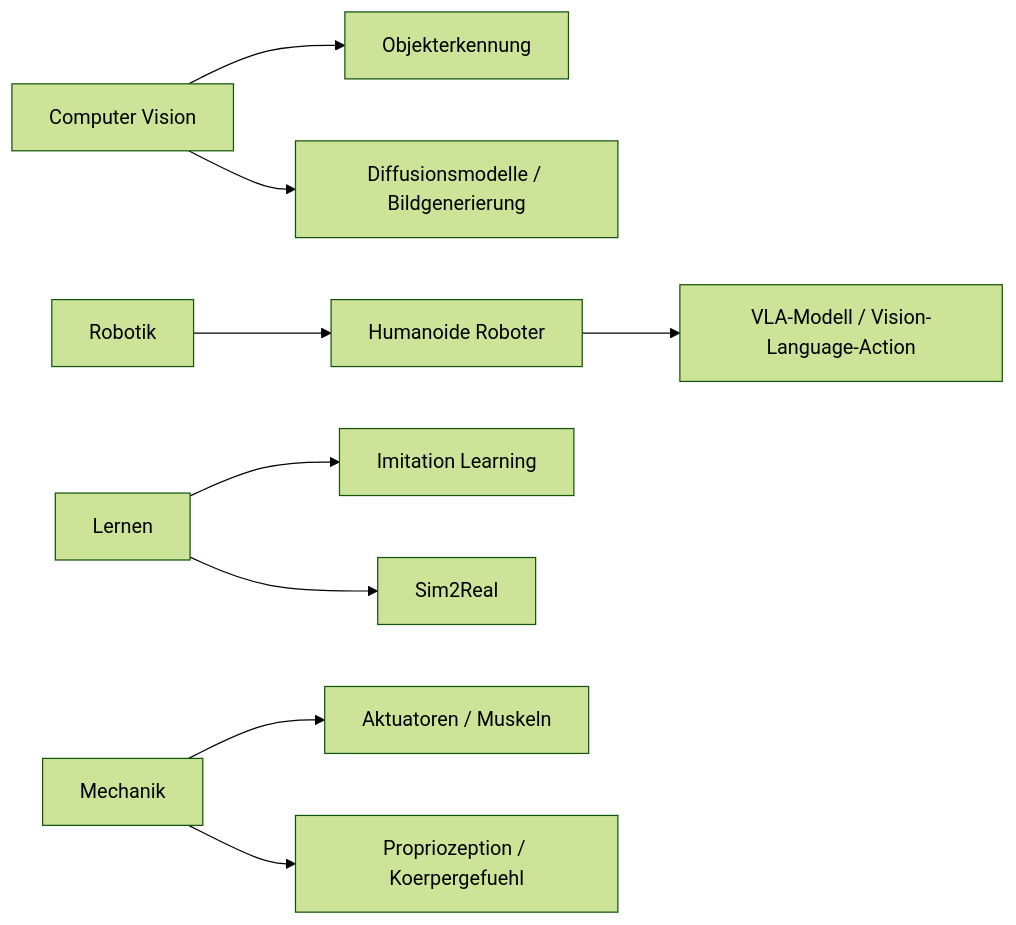
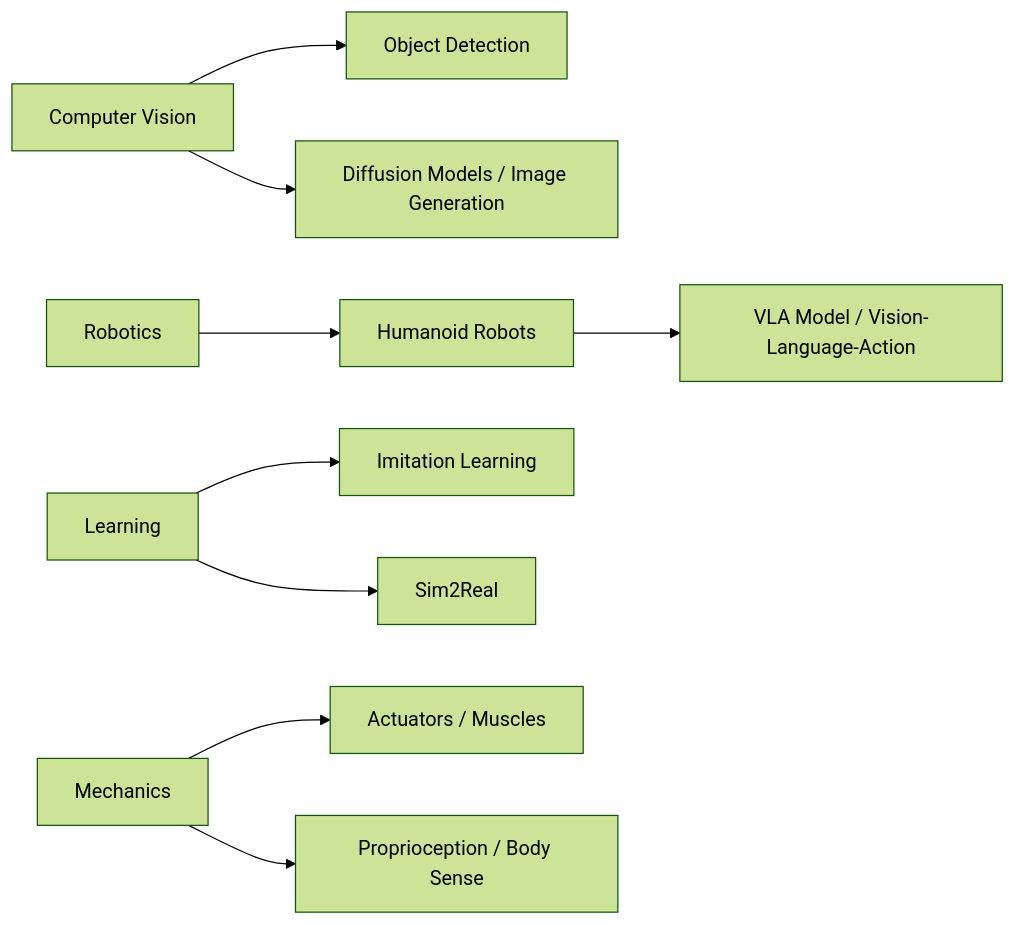
One commit to roger-infanger-weibel/ghostwriter.ai changed the fifth of 19 diagrams in glossary/rendered/AI-Glossary.md. Above: the diagram before and after it, drawn with Mermaid (forest theme). The commit also changed other lines of this file and 24 other files, not shown here.

````diff
--- a/glossary/rendered/AI-Glossary.md
+++ b/glossary/rendered/AI-Glossary.md
@@ -156,14 +156,14 @@
 ```mermaid
 graph LR
-    CV[Computer Vision] --> Obj[Objekterkennung]
-    CV --> Diff[Diffusionsmodelle / Bildgenerierung]
-    
-    Robot[Robotik] --> Hum[Humanoide Roboter]
-    Hum --> VLA[VLA-Modell / Vision-Language-Action]
-    
-    Lernen[Lernen] --> Imit[Imitation Learning]
-    Lernen --> S2R[Sim2Real]
-    
-    Mech[Mechanik] --> Akt[Aktuatoren / Muskeln]
-    Mech --> Prop[Propriozeption / Koerpergefuehl]
+    CV[Computer Vision] --> Obj[Object Detection]
+    CV --> Diff[Diffusion Models / Image Generation]
+
+    Robot[Robotics] --> Hum[Humanoid Robots]
+    Hum --> VLA[VLA Model / Vision-Language-Action]
+
+    Learn[Learning] --> Imit[Imitation Learning]
+    Learn --> S2R[Sim2Real]
+
+    Mech[Mechanics] --> Akt[Actuators / Muscles]
+    Mech --> Prop[Proprioception / Body Sense]
 ```
````
